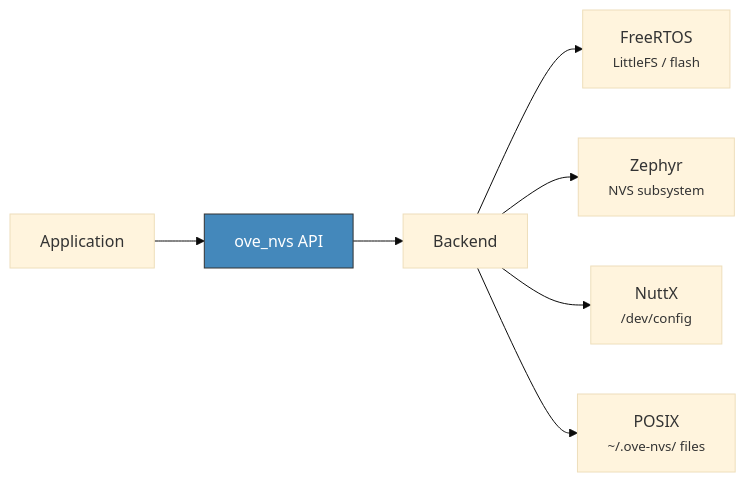
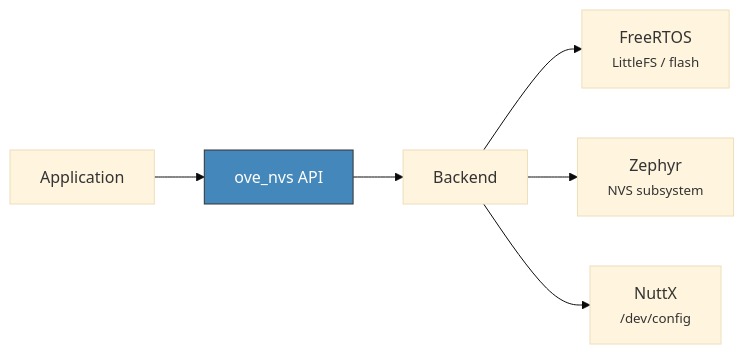
Before and after one commit to Varcain/oveRTOS: the diagram in docs-site/docs/api/nvs.md, drawn with Mermaid (base theme). The commit also changed 65 other files, not shown here.

````diff
--- a/docs-site/docs/api/nvs.md
+++ b/docs-site/docs/api/nvs.md
@@ -7,11 +7,10 @@
 ```mermaid
 graph LR
     APP["Application"] --> API["ove_nvs API"]
     API --> BE["Backend"]
     BE --> FreeRTOS["FreeRTOS<br/><small>LittleFS / flash</small>"]
     BE --> Zephyr["Zephyr<br/><small>NVS subsystem</small>"]
     BE --> NuttX["NuttX<br/><small>/dev/config</small>"]
-    BE --> POSIX["POSIX<br/><small>~/.ove-nvs/ files</small>"]
 
     style API fill:#48b,stroke:#333,color:#fff
 ```
````
